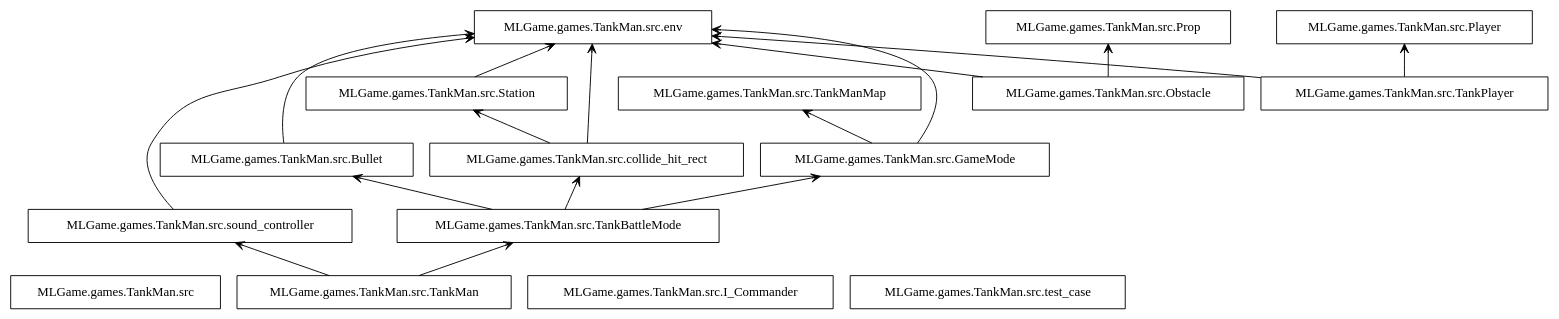
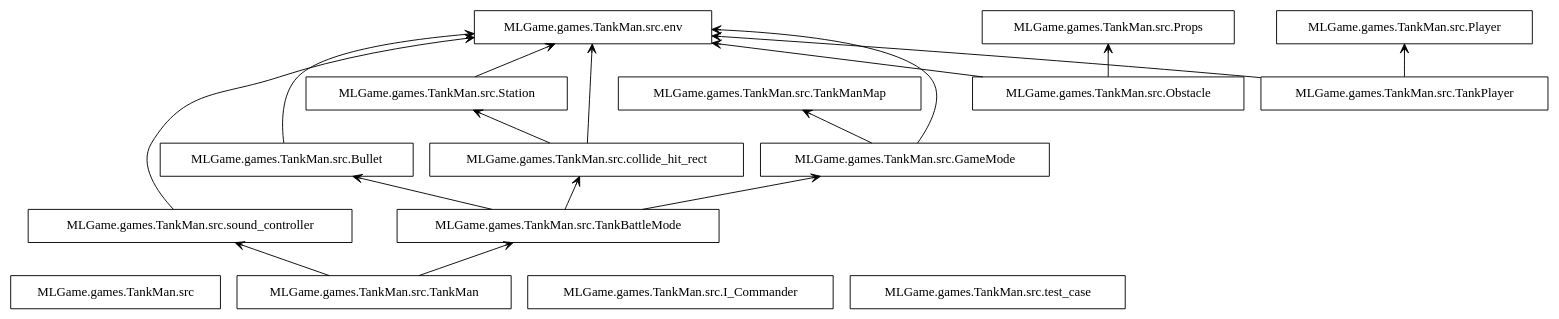
One commit to Jesse-Jumbo/TankMan changed the diagram in packages.dot. Above: the diagram before and after it, drawn with Graphviz. The commit also changed 11 other files, not shown here.

```diff
--- a/packages.dot
+++ b/packages.dot
@@ -1,36 +1,36 @@
 digraph "packages" {
 rankdir=BT
 charset="utf-8"
 "MLGame.games.TankMan.src" [color="black", label="MLGame.games.TankMan.src", shape="box", style="solid"];
 "MLGame.games.TankMan.src.TankBattleMode" [color="black", label="MLGame.games.TankMan.src.TankBattleMode", shape="box", style="solid"];
 "MLGame.games.TankMan.src.Bullet" [color="black", label="MLGame.games.TankMan.src.Bullet", shape="box", style="solid"];
 "MLGame.games.TankMan.src.GameMode" [color="black", label="MLGame.games.TankMan.src.GameMode", shape="box", style="solid"];
 "MLGame.games.TankMan.src.I_Commander" [color="black", label="MLGame.games.TankMan.src.I_Commander", shape="box", style="solid"];
 "MLGame.games.TankMan.src.Obstacle" [color="black", label="MLGame.games.TankMan.src.Obstacle", shape="box", style="solid"];
 "MLGame.games.TankMan.src.Player" [color="black", label="MLGame.games.TankMan.src.Player", shape="box", style="solid"];
-"MLGame.games.TankMan.src.Prop" [color="black", label="MLGame.games.TankMan.src.Prop", shape="box", style="solid"];
+"MLGame.games.TankMan.src.Props" [color="black", label="MLGame.games.TankMan.src.Props", shape="box", style="solid"];
 "MLGame.games.TankMan.src.Station" [color="black", label="MLGame.games.TankMan.src.Station", shape="box", style="solid"];
 "MLGame.games.TankMan.src.TankMan" [color="black", label="MLGame.games.TankMan.src.TankMan", shape="box", style="solid"];
 "MLGame.games.TankMan.src.TankManMap" [color="black", label="MLGame.games.TankMan.src.TankManMap", shape="box", style="solid"];
 "MLGame.games.TankMan.src.TankPlayer" [color="black", label="MLGame.games.TankMan.src.TankPlayer", shape="box", style="solid"];
 "MLGame.games.TankMan.src.collide_hit_rect" [color="black", label="MLGame.games.TankMan.src.collide_hit_rect", shape="box", style="solid"];
 "MLGame.games.TankMan.src.env" [color="black", label="MLGame.games.TankMan.src.env", shape="box", style="solid"];
 "MLGame.games.TankMan.src.sound_controller" [color="black", label="MLGame.games.TankMan.src.sound_controller", shape="box", style="solid"];
 "MLGame.games.TankMan.src.test_case" [color="black", label="MLGame.games.TankMan.src.test_case", shape="box", style="solid"];
 "MLGame.games.TankMan.src.TankBattleMode" -> "MLGame.games.TankMan.src.Bullet" [arrowhead="open", arrowtail="none"];
 "MLGame.games.TankMan.src.TankBattleMode" -> "MLGame.games.TankMan.src.GameMode" [arrowhead="open", arrowtail="none"];
 "MLGame.games.TankMan.src.TankBattleMode" -> "MLGame.games.TankMan.src.collide_hit_rect" [arrowhead="open", arrowtail="none"];
 "MLGame.games.TankMan.src.Bullet" -> "MLGame.games.TankMan.src.env" [arrowhead="open", arrowtail="none"];
 "MLGame.games.TankMan.src.GameMode" -> "MLGame.games.TankMan.src.TankManMap" [arrowhead="open", arrowtail="none"];
 "MLGame.games.TankMan.src.GameMode" -> "MLGame.games.TankMan.src.env" [arrowhead="open", arrowtail="none"];
-"MLGame.games.TankMan.src.Obstacle" -> "MLGame.games.TankMan.src.Prop" [arrowhead="open", arrowtail="none"];
+"MLGame.games.TankMan.src.Obstacle" -> "MLGame.games.TankMan.src.Props" [arrowhead="open", arrowtail="none"];
 "MLGame.games.TankMan.src.Obstacle" -> "MLGame.games.TankMan.src.env" [arrowhead="open", arrowtail="none"];
 "MLGame.games.TankMan.src.Station" -> "MLGame.games.TankMan.src.env" [arrowhead="open", arrowtail="none"];
 "MLGame.games.TankMan.src.TankMan" -> "MLGame.games.TankMan.src.TankBattleMode" [arrowhead="open", arrowtail="none"];
 "MLGame.games.TankMan.src.TankMan" -> "MLGame.games.TankMan.src.sound_controller" [arrowhead="open", arrowtail="none"];
 "MLGame.games.TankMan.src.TankPlayer" -> "MLGame.games.TankMan.src.Player" [arrowhead="open", arrowtail="none"];
 "MLGame.games.TankMan.src.TankPlayer" -> "MLGame.games.TankMan.src.env" [arrowhead="open", arrowtail="none"];
 "MLGame.games.TankMan.src.collide_hit_rect" -> "MLGame.games.TankMan.src.Station" [arrowhead="open", arrowtail="none"];
 "MLGame.games.TankMan.src.collide_hit_rect" -> "MLGame.games.TankMan.src.env" [arrowhead="open", arrowtail="none"];
 "MLGame.games.TankMan.src.sound_controller" -> "MLGame.games.TankMan.src.env" [arrowhead="open", arrowtail="none"];
 }
```
